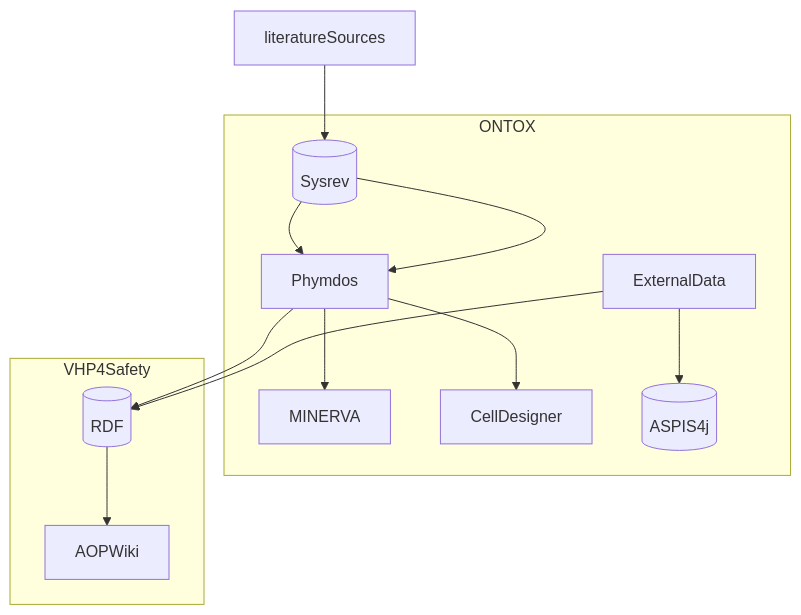
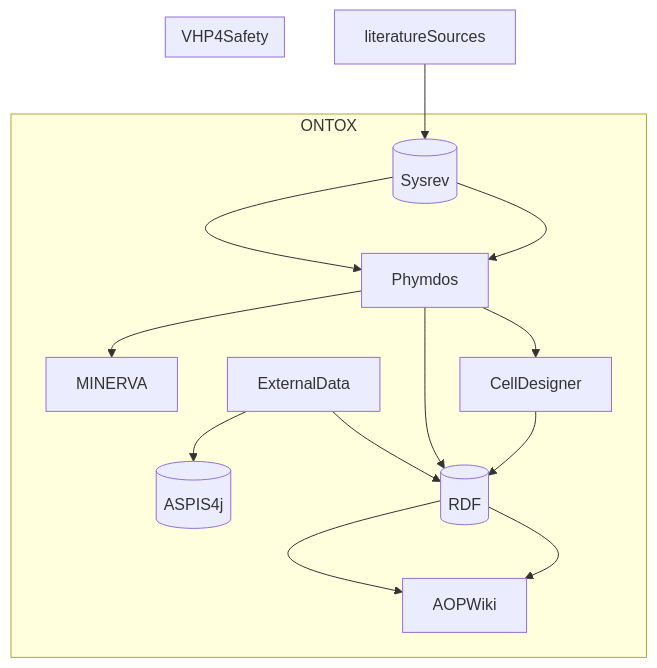
One commit to ontox-hu/workflows changed the diagram in ONTOX-vs-VHP4Safety.md. Above: the diagram before and after it, drawn with Mermaid.

````diff
--- a/ONTOX-vs-VHP4Safety.md
+++ b/ONTOX-vs-VHP4Safety.md
@@ -1,17 +1,19 @@
 ```mermaid
 flowchart TB
     literatureSources-->Sysrev[(Sysrev)]
     subgraph ONTOX
     Sysrev[(Sysrev)]-->Phymdos
     Phymdos-->MINERVA
     Phymdos-->CellDesigner
     ExternalData-->ASPIS4j[(ASPIS4j)]
+    CellDesigner-->RDF[(RDF)]
+    RDF[(RDF)]-->AOPWiki
     end
     subgraph VHP4Safety
     Sysrev[(Sysrev)]-->Phymdos
     Phymdos-->RDF[(RDF)]
     RDF[(RDF)]-->AOPWiki
     ExternalData-->RDF[(RDF)]
     end
     
 ```
````
